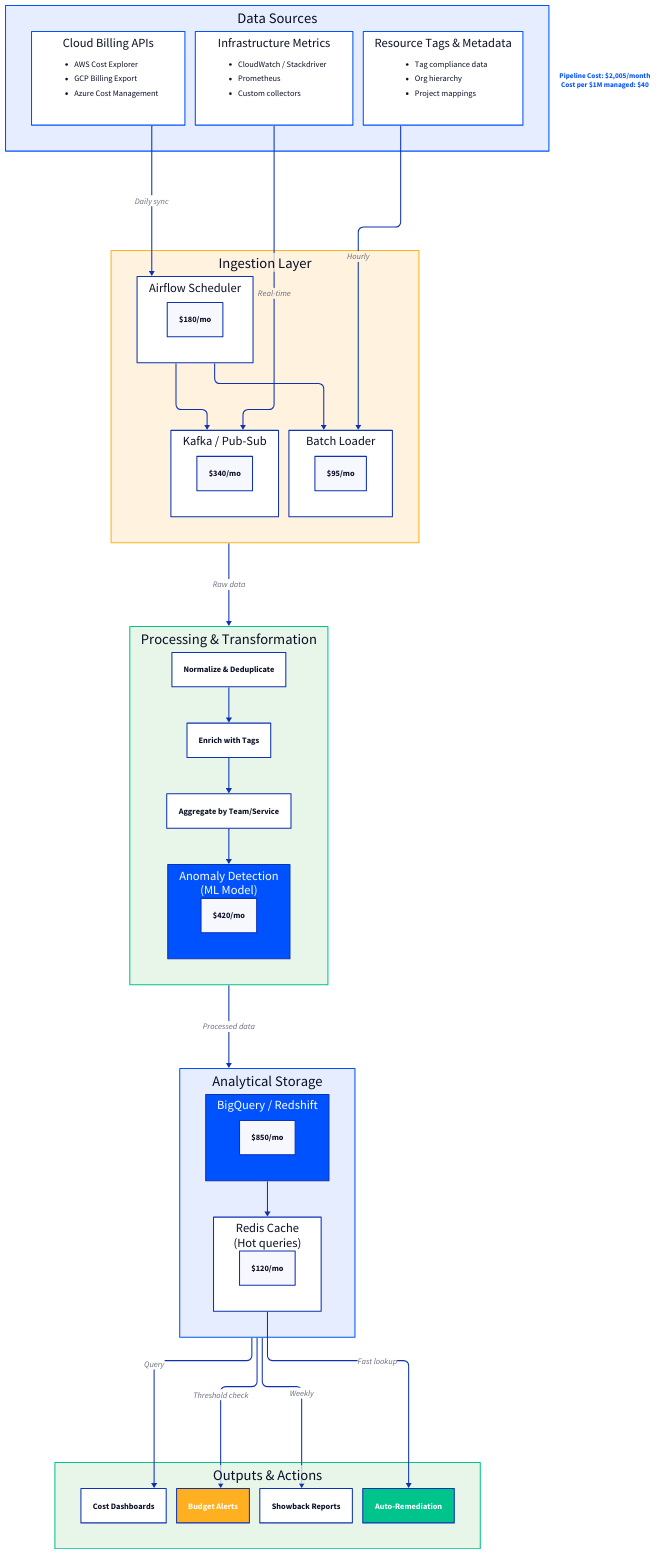
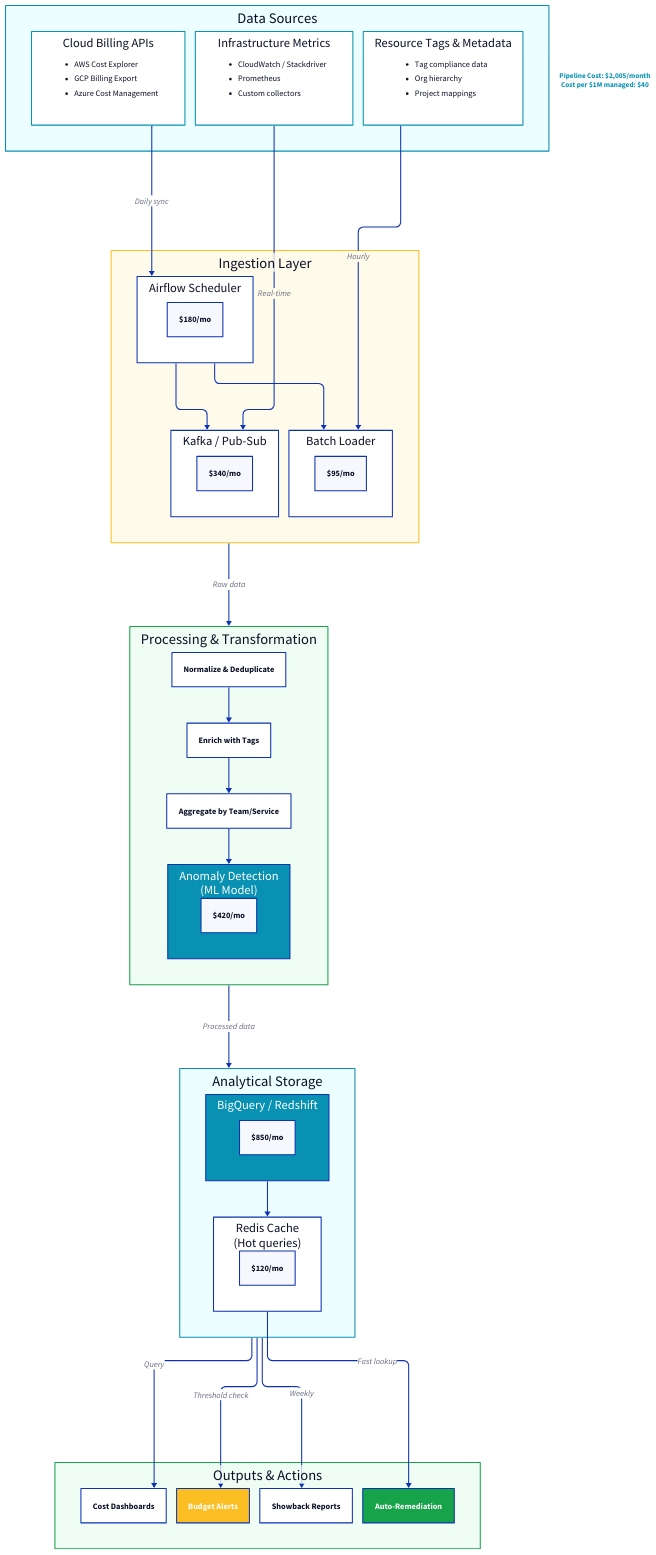
Before and after one commit to muskanbandta23/zopebooks: the diagram in books/platform-engineering/diagrams/data-pipeline.d2, drawn with D2. The commit also changed 53 other files, not shown here.

```diff
--- a/books/platform-engineering/diagrams/data-pipeline.d2
+++ b/books/platform-engineering/diagrams/data-pipeline.d2
@@ -1,171 +1,171 @@
 # Data Pipeline / ETL Workflow
 # Purpose: Show ETL/analytics data flows with cost awareness
-# Brand: Zopdev (#0052FF primary, #00C48C success, #FFB020 warning)
+# Brand: Zopdev (#0891b2 primary, #16a34a success, #fbbf24 warning)
 
 direction: down
 
 vars: {
   d2-config: {
     layout-engine: elk
     pad: 20
   }
 }
 
 # Data Sources
 sources: Data Sources {
-  style.fill: "#E6EDFF"
-  style.stroke: "#0052FF"
+  style.fill: "#ecfeff"
+  style.stroke: "#0891b2"
   style.stroke-width: 2
 
   cloud_billing: Cloud Billing APIs {
     style.fill: "#ffffff"
-    style.stroke: "#0052FF"
+    style.stroke: "#0891b2"
 
     details: |md
       - AWS Cost Explorer
       - GCP Billing Export
       - Azure Cost Management
     |
   }
 
   metrics: Infrastructure Metrics {
     style.fill: "#ffffff"
-    style.stroke: "#0052FF"
+    style.stroke: "#0891b2"
 
     details: |md
       - CloudWatch / Stackdriver
       - Prometheus
       - Custom collectors
     |
   }
 
   tags: Resource Tags & Metadata {
     style.fill: "#ffffff"
-    style.stroke: "#0052FF"
+    style.stroke: "#0891b2"
 
     details: |md
       - Tag compliance data
       - Org hierarchy
       - Project mappings
     |
   }
 }
 
 # Ingestion Layer
 ingestion: Ingestion Layer {
-  style.fill: "#fff3e0"
-  style.stroke: "#FFB020"
+  style.fill: "#fffbeb"
+  style.stroke: "#fbbf24"
   style.stroke-width: 2
 
   scheduler: Airflow Scheduler {
     style.fill: "#ffffff"
     cost: \$180/mo
   }
 
   streaming: Kafka / Pub-Sub {
     style.fill: "#ffffff"
     cost: \$340/mo
   }
 
   batch: Batch Loader {
     style.fill: "#ffffff"
     cost: \$95/mo
   }
 
   scheduler -> streaming
   scheduler -> batch
 }
 
 # Processing Layer
 processing: Processing & Transformation {
-  style.fill: "#e8f5e9"
-  style.stroke: "#00C48C"
+  style.fill: "#f0fdf4"
+  style.stroke: "#16a34a"
   style.stroke-width: 2
 
   normalize: Normalize & Deduplicate {
     style.fill: "#ffffff"
   }
 
   enrich: Enrich with Tags {
     style.fill: "#ffffff"
   }
 
   aggregate: Aggregate by Team/Service {
     style.fill: "#ffffff"
   }
 
   anomaly: Anomaly Detection\n(ML Model) {
-    style.fill: "#0052FF"
+    style.fill: "#0891b2"
     style.font-color: "#ffffff"
     cost: \$420/mo
   }
 
   normalize -> enrich -> aggregate -> anomaly
 }
 
 # Storage Layer
 storage: Analytical Storage {
-  style.fill: "#E6EDFF"
-  style.stroke: "#0052FF"
+  style.fill: "#ecfeff"
+  style.stroke: "#0891b2"
   style.stroke-width: 2
 
   warehouse: BigQuery / Redshift {
-    style.fill: "#0052FF"
+    style.fill: "#0891b2"
     style.font-color: "#ffffff"
     cost: \$850/mo
   }
 
   cache: Redis Cache\n(Hot queries) {
     style.fill: "#ffffff"
     cost: \$120/mo
   }
 
   warehouse -> cache
 }
 
 # Output Layer
 outputs: Outputs & Actions {
-  style.fill: "#e8f5e9"
-  style.stroke: "#00C48C"
+  style.fill: "#f0fdf4"
+  style.stroke: "#16a34a"
   style.stroke-width: 2
 
   dashboards: Cost Dashboards {
     style.fill: "#ffffff"
   }
 
   alerts: Budget Alerts {
-    style.fill: "#FFB020"
+    style.fill: "#fbbf24"
     style.font-color: "#ffffff"
   }
 
   reports: Showback Reports {
     style.fill: "#ffffff"
   }
 
   automation: Auto-Remediation {
-    style.fill: "#00C48C"
+    style.fill: "#16a34a"
     style.font-color: "#ffffff"
   }
 }
 
 # Connections
 sources.cloud_billing -> ingestion.scheduler: Daily sync
 sources.metrics -> ingestion.streaming: Real-time
 sources.tags -> ingestion.batch: Hourly
 
 ingestion -> processing: Raw data
 
 processing -> storage: Processed data
 
 storage -> outputs.dashboards: Query
 storage -> outputs.alerts: Threshold check
 storage -> outputs.reports: Weekly
 storage.cache -> outputs.automation: Fast lookup
 
 # Total cost annotation
 total_cost: Pipeline Cost: \$2,005/month\nCost per \$1M managed: \$40 {
   shape: text
   style.font-size: 14
   style.bold: true
-  style.font-color: "#0052FF"
+  style.font-color: "#0891b2"
 }
```
